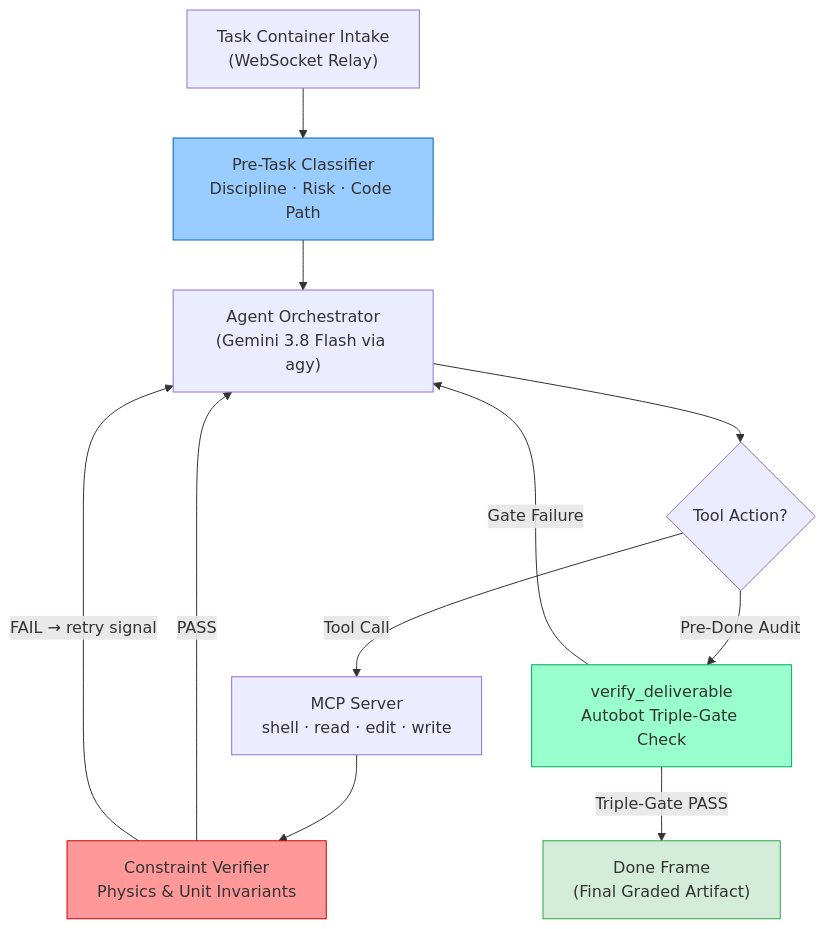
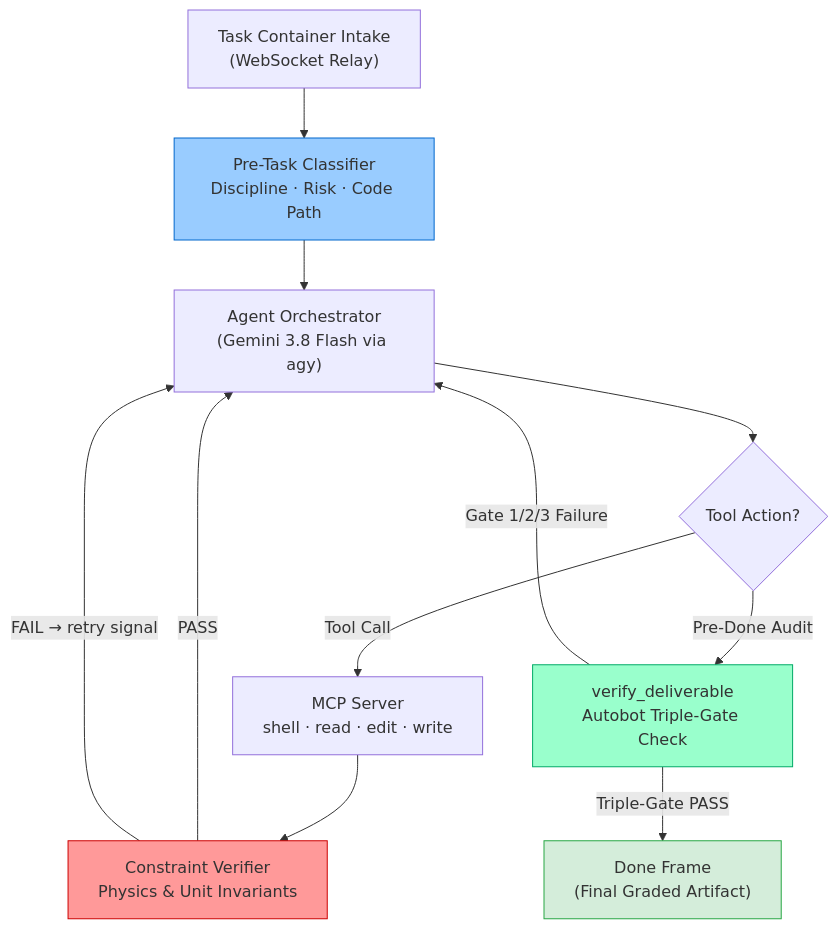
The first of 2 diagrams in WRITEUP.md (GabuGravin41/PLE-harness), drawn with Mermaid before and after one commit. The commit also changed other lines of this file, not shown here.

````diff
--- a/WRITEUP.md
+++ b/WRITEUP.md
@@ -35,18 +42,18 @@
 ```mermaid
 flowchart TD
     A["Task Container Intake\n(WebSocket Relay)"] --> B["Pre-Task Classifier\nDiscipline · Risk · Code Path"]
     B --> C["Agent Orchestrator\n(Gemini 3.8 Flash via agy)"]
     C --> D{"Tool Action?"}
     D -->|Tool Call| E["MCP Server\nshell · read · edit · write"]
     E --> F["Constraint Verifier\nPhysics & Unit Invariants"]
     F -->|PASS| C
     F -->|FAIL → retry signal| C
     D -->|Pre-Done Audit| G["verify_deliverable\nAutobot Triple-Gate Check"]
-    G -->|Gate Failure| C
+    G -->|Gate 1/2/3 Failure| C
     G -->|Triple-Gate PASS| H["Done Frame\n(Final Graded Artifact)"]
     
     style F fill:#ff9999,stroke:#cc0000
     style B fill:#99ccff,stroke:#0066cc
     style G fill:#99ffcc,stroke:#00aa66
     style H fill:#d4edda,stroke:#28a745
 ```
````
